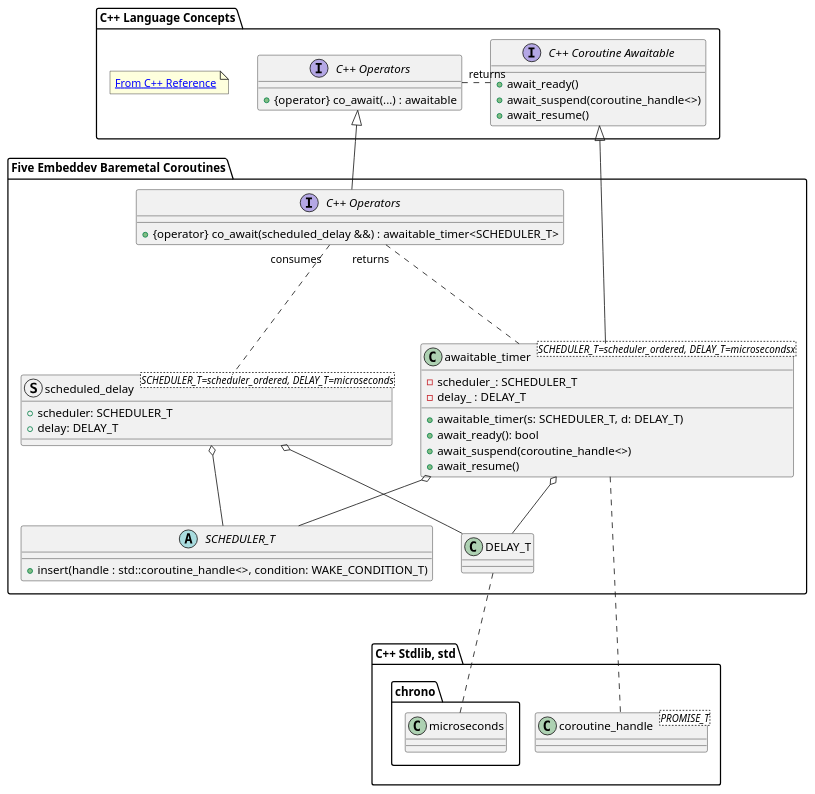
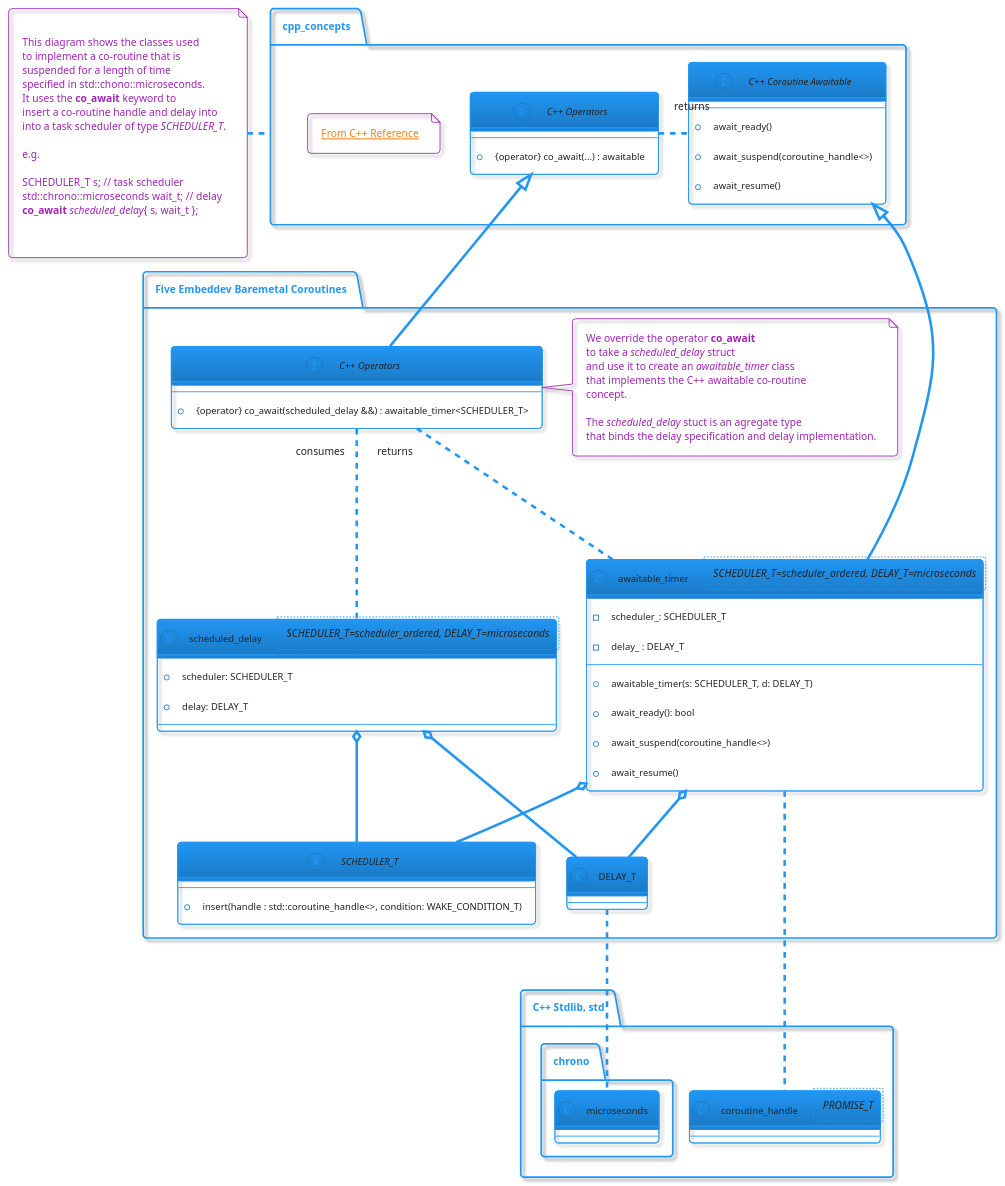
The diagram in docs/diagrams/awaitable.puml (five-embeddev/baremetal-cxx-coro), drawn with PlantUML before and after one commit. The commit also changed 17 other files, not shown here.

Commit message:
Diagram updates

```diff
--- a/docs/diagrams/awaitable.puml
+++ b/docs/diagrams/awaitable.puml
@@ -1,73 +1,107 @@
 @startuml
+!theme materia-outline
+
+package cpp_concepts {}
+
+note left of cpp_concepts
+
+This diagram shows the classes used
+to implement a co-routine that is
+suspended for a length of time
+specified in std::chono::microseconds.
+It uses the <b>co_await</b> keyword to
+insert a co-routine handle and delay into
+into a task scheduler of type <i>SCHEDULER_T</i>.
+
+e.g.
+
+SCHEDULER_T s; // task scheduler
+std::chrono::microseconds wait_t; // delay
+<b>co_await</b> <i>scheduled_delay</i>{ s, wait_t };
+
+
+end note
 
 package "C++ Language Concepts" as cpp_concepts {
 
    note as link
    [[https://en.cppreference.com/w/cpp/language/coroutines From C++ Reference]]
    end note
 
    interface "C++ Coroutine Awaitable" as awaitable {
        + await_ready()
        + await_suspend(coroutine_handle<>)
        + await_resume()
    }
 
     interface "C++ Operators" as co_await_lang {
        +{operator} co_await(...) : awaitable
     }
 
     co_await_lang "returns" .-right-- awaitable
 
 }
 
 
+
 package "C++ Stdlib, std"  as cpp_stdlib {
     class coroutine_handle<PROMISE_T>
     package "chrono" {
        class microseconds
     }
 }
 
 package "Five Embeddev Baremetal Coroutines" as five_embeddev {
 
     awaitable <|-down- awaitable_timer
 
     struct scheduled_delay<SCHEDULER_T=scheduler_ordered, DELAY_T=microseconds> {
        +scheduler: SCHEDULER_T
        +delay: DELAY_T
     }
 
     interface "C++ Operators" as co_await {
        +{operator} co_await(scheduled_delay &&) : awaitable_timer<SCHEDULER_T>
     }
 
+    note right of co_await
+    We override the operator <b>co_await</b>
+    to take a <i>scheduled_delay</i> struct
+    and use it to create an <i>awaitable_timer</i> class
+    that implements the C++ awaitable co-routine
+    concept.
+
+    The <i>scheduled_delay</i> stuct is an agregate type
+    that binds the delay specification and delay implementation.
+    end note
+
     co_await_lang <|-down- co_await
 
     co_await "consumes" .-- scheduled_delay
     co_await "returns" .-- awaitable_timer
 
     awaitable_timer o-down- SCHEDULER_T
     awaitable_timer o-- DELAY_T
     awaitable_timer .-down- coroutine_handle
 
     scheduled_delay o-down- SCHEDULER_T
     scheduled_delay o-- DELAY_T
 
-    class awaitable_timer<SCHEDULER_T=scheduler_ordered, DELAY_T=microsecondsx> {
+    class awaitable_timer<SCHEDULER_T=scheduler_ordered, DELAY_T=microseconds> {
        + awaitable_timer(s: SCHEDULER_T, d: DELAY_T)
        + await_ready(): bool
        + await_suspend(coroutine_handle<>)
        + await_resume()
        - scheduler_: SCHEDULER_T
        - delay_ : DELAY_T
     }
 
     abstract SCHEDULER_T {
        + insert(handle : std::coroutine_handle<>, condition: WAKE_CONDITION_T)
     }
 
     DELAY_T .-down- microseconds
 }
 
 
 @enduml
```
